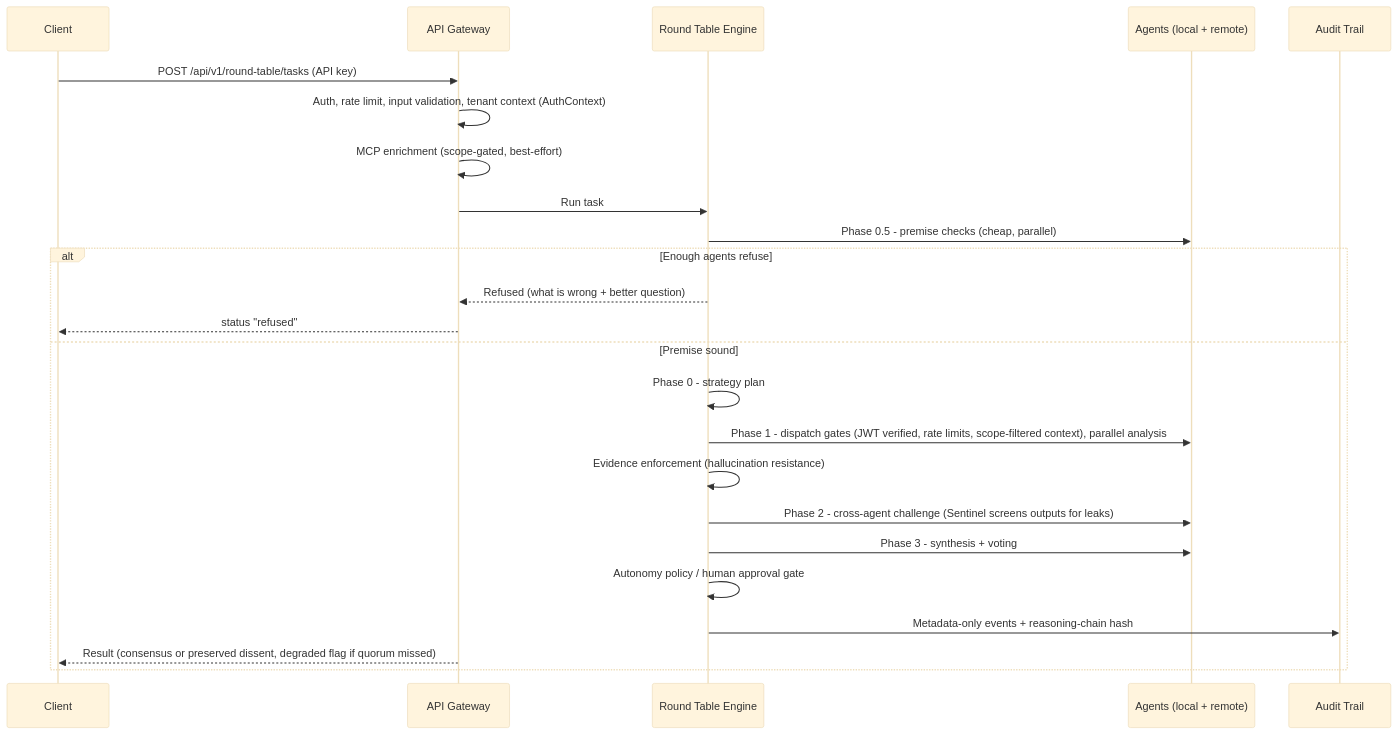
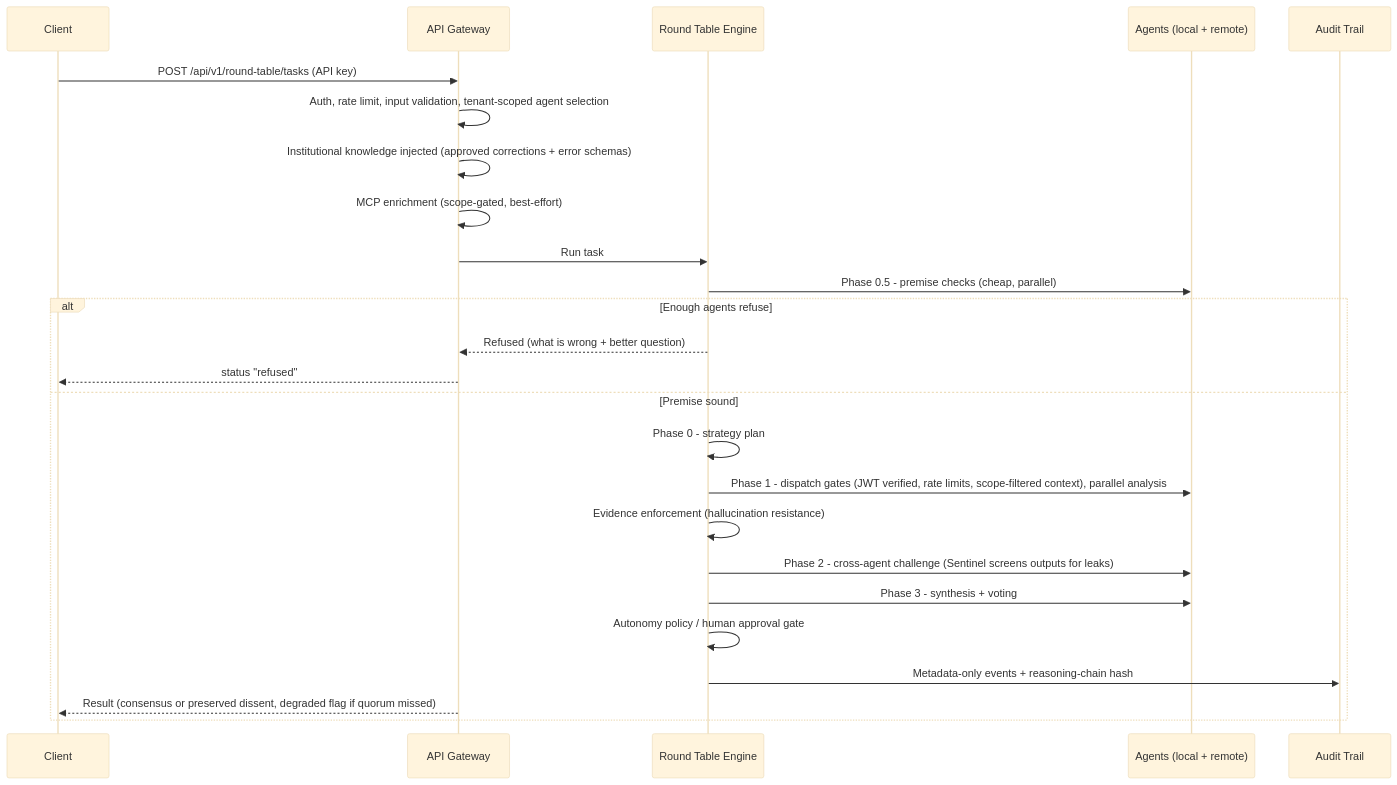
Before and after one commit to KangaKode/aiscaffold: the second of 2 diagrams in docs/ARCHITECTURE.md, drawn with Mermaid (base theme). The commit also changed 19 other files, not shown here.

````diff
--- a/docs/ARCHITECTURE.md
+++ b/docs/ARCHITECTURE.md
@@ -78,27 +78,28 @@
 ```mermaid
 sequenceDiagram
     participant Client as Client
     participant Gateway as API Gateway
     participant Engine as Round Table Engine
     participant Agents as Agents (local + remote)
     participant Audit as Audit Trail
 
     Client->>Gateway: POST /api/v1/round-table/tasks (API key)
-    Gateway->>Gateway: Auth, rate limit, input validation, tenant context (AuthContext)
+    Gateway->>Gateway: Auth, rate limit, input validation, tenant-scoped agent selection
+    Gateway->>Gateway: Institutional knowledge injected (approved corrections + error schemas)
     Gateway->>Gateway: MCP enrichment (scope-gated, best-effort)
     Gateway->>Engine: Run task
     Engine->>Agents: Phase 0.5 - premise checks (cheap, parallel)
     alt Enough agents refuse
         Engine-->>Gateway: Refused (what is wrong + better question)
         Gateway-->>Client: status "refused"
     else Premise sound
         Engine->>Engine: Phase 0 - strategy plan
         Engine->>Agents: Phase 1 - dispatch gates (JWT verified, rate limits, scope-filtered context), parallel analysis
         Engine->>Engine: Evidence enforcement (hallucination resistance)
         Engine->>Agents: Phase 2 - cross-agent challenge (Sentinel screens outputs for leaks)
         Engine->>Agents: Phase 3 - synthesis + voting
         Engine->>Engine: Autonomy policy / human approval gate
         Engine->>Audit: Metadata-only events + reasoning-chain hash
         Gateway-->>Client: Result (consensus or preserved dissent, degraded flag if quorum missed)
     end
 ```
````
